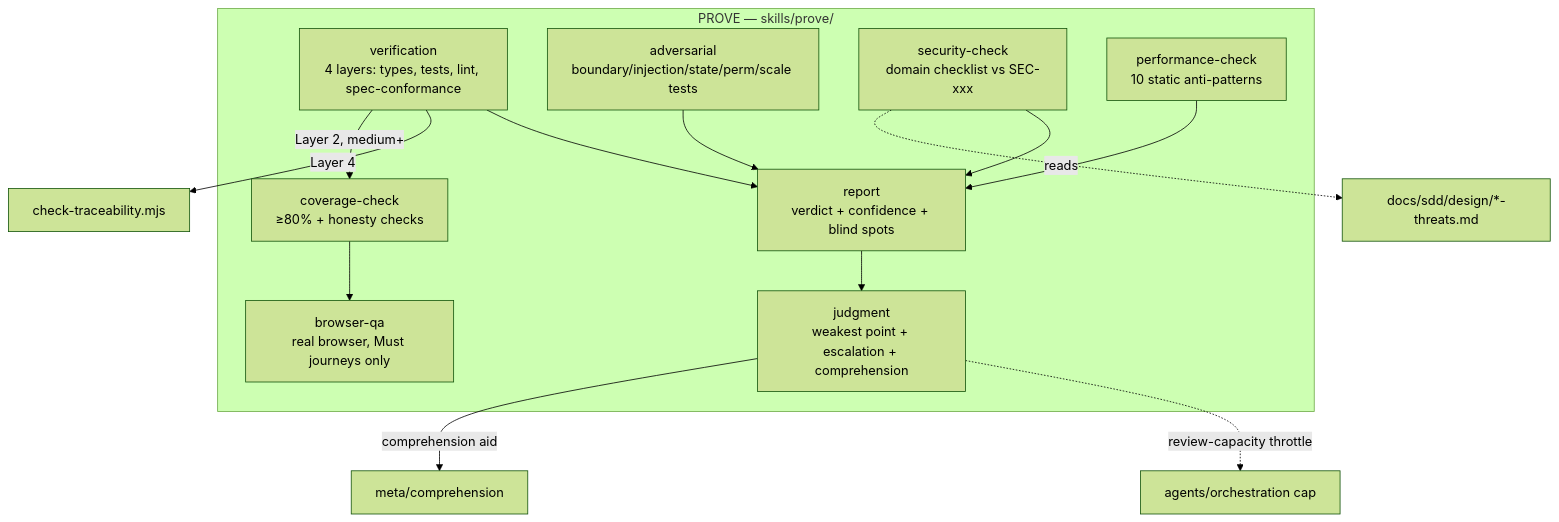
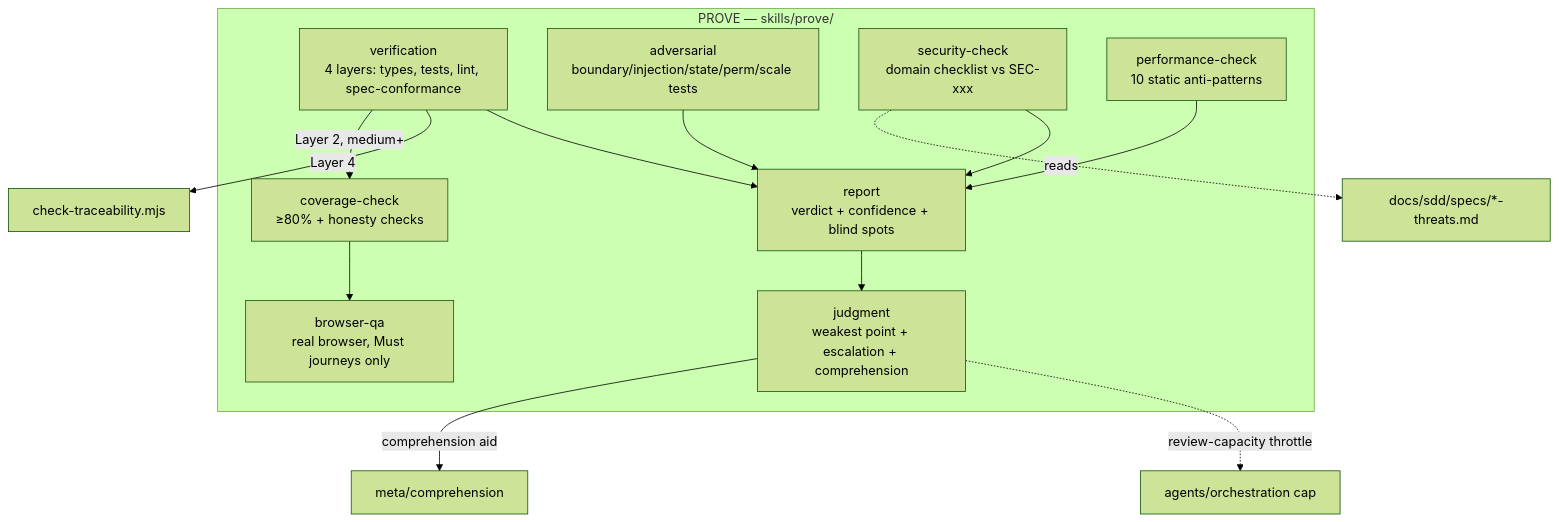
The fifth of 14 diagrams in docs/ARCHITECTURE.md (fprtm/sdd-pipeline), drawn with Mermaid (forest theme) before and after one commit. The commit also changed other lines of this file and 26 other files, not shown here.

First line of the commit message:
v5.6.0: rename docs/sdd/design/ -> docs/sdd/specs/ to fix naming ambiguity

````diff
--- a/docs/ARCHITECTURE.md
+++ b/docs/ARCHITECTURE.md
@@ -213,22 +213,22 @@
 ```mermaid
 flowchart TD
     subgraph PROVE["PROVE — skills/prove/"]
         VERIFY["verification\n4 layers: types, tests, lint, spec-conformance"]
         COV["coverage-check\n≥80% + honesty checks"]
         ADV["adversarial\nboundary/injection/state/perm/scale tests"]
         SEC["security-check\ndomain checklist vs SEC-xxx"]
         PERF["performance-check\n10 static anti-patterns"]
         BQA["browser-qa\nreal browser, Must journeys only"]
         REPORT["report\nverdict + confidence + blind spots"]
         JUDGE["judgment\nweakest point + escalation + comprehension"]
     end
 
     VERIFY -->|"Layer 2, medium+"| COV
     COV --> BQA
     VERIFY -->|"Layer 4"| TRACECHK["check-traceability.mjs"]
-    SEC -.reads.-> THREATDOC["docs/sdd/design/*-threats.md"]
+    SEC -.reads.-> THREATDOC["docs/sdd/specs/*-threats.md"]
     VERIFY & ADV & SEC & PERF --> REPORT
     REPORT --> JUDGE
     JUDGE -->|"comprehension aid"| COMP["meta/comprehension"]
     JUDGE -.review-capacity throttle.-> ORCH2["agents/orchestration cap"]
 ```
````
